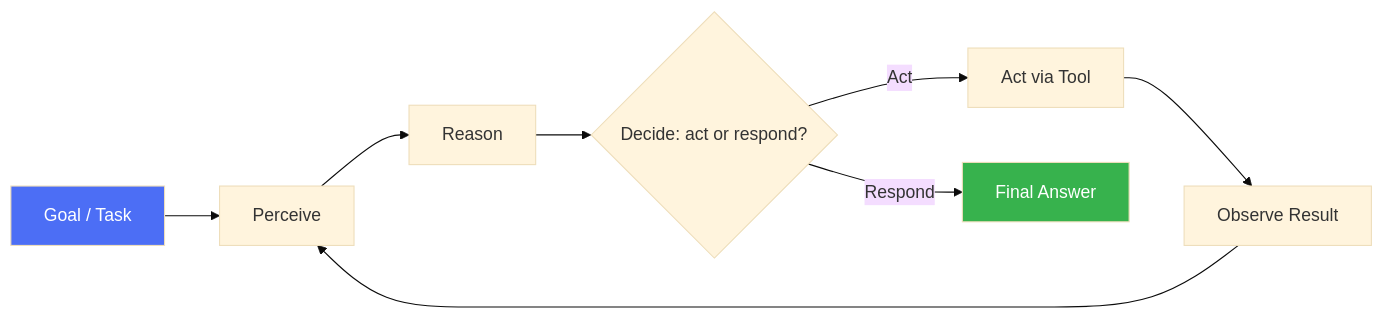
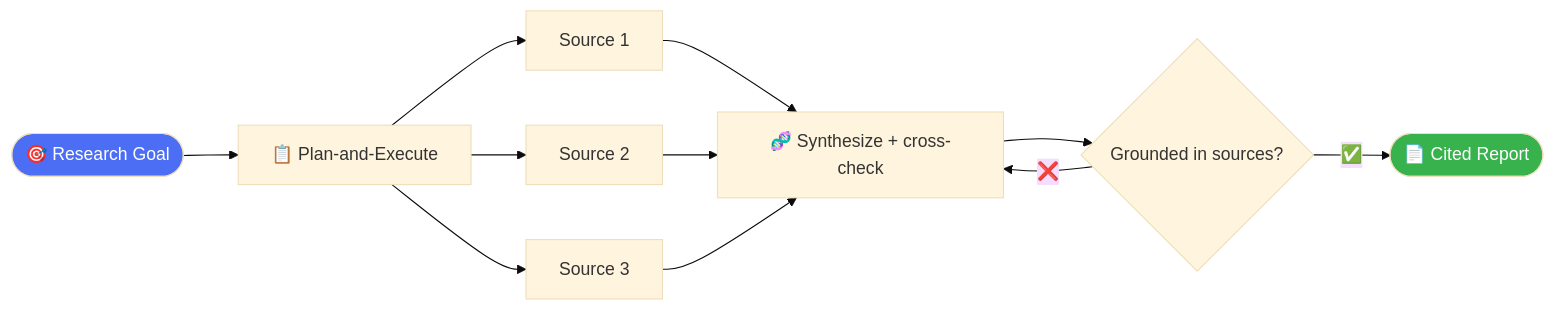
Before and after one commit to DingJun1028/AI-Agent-Skills: the third of 9 diagrams in README.md, drawn with Mermaid (base theme). The commit also changed other lines of this file, not shown here.

````diff
--- a/README.md
+++ b/README.md
@@ -21,13 +128,14 @@
 ```mermaid
 flowchart LR
-    G[Goal / Task] --> P[Perceive]
-    P --> R[Reason]
-    R --> D{Decide: act or respond?}
-    D -->|Act| A[Act via Tool]
-    A --> O[Observe Result]
-    O --> P
-    D -->|Respond| F[Final Answer]
+    Goal([🎯 Research Goal]) --> Plan[📋 Plan-and-Execute]
+    Plan --> S1[Source 1] & S2[Source 2] & S3[Source 3]
+    S1 --> Synth[🧬 Synthesize + cross-check]
+    S2 --> Synth
+    S3 --> Synth
+    Synth --> Ground{Grounded in sources?}
+    Ground -->|✅| Report([📄 Cited Report])
+    Ground -->|❌| Synth
 
-    style G fill:#4C6EF5,color:#fff
-    style F fill:#37B24D,color:#fff
+    style Goal fill:#4C6EF5,color:#fff
+    style Report fill:#37B24D,color:#fff
 ```
````
